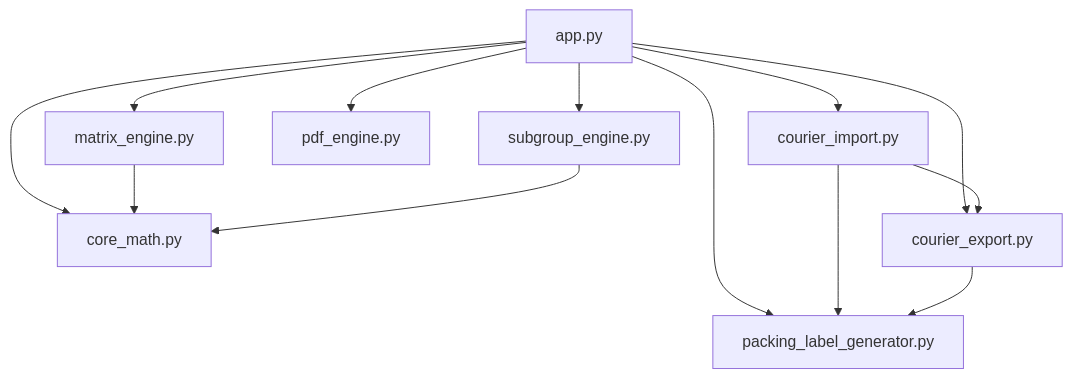
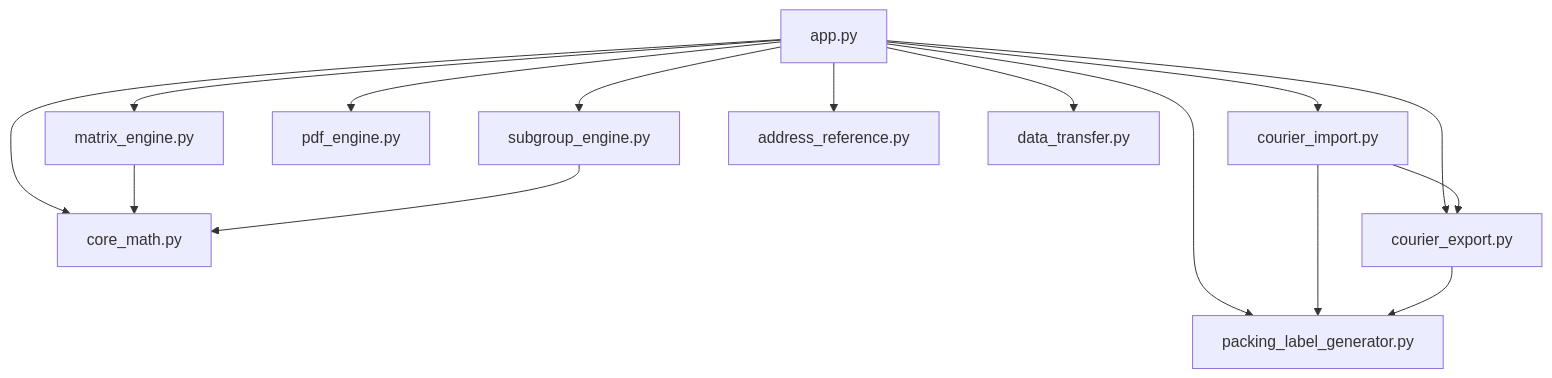
One commit to nesubat/Warehouse_app changed the second of 19 diagrams in docs/CODE_GUIDE.md. Above: the diagram before and after it, drawn with Mermaid. The commit also changed other lines of this file and 13 other files, not shown here.

Commit message:
Official address checks in previews and address book, typing suggestions, data export/import

````diff
--- a/docs/CODE_GUIDE.md
+++ b/docs/CODE_GUIDE.md
@@ -119,15 +119,17 @@
 ```mermaid
 graph TD
     app["app.py"] --> matrix["matrix_engine.py"]
     app --> sub["subgroup_engine.py"]
     app --> pdf["pdf_engine.py"]
     app --> core["core_math.py"]
     app --> plg["packing_label_generator.py"]
     app --> ce["courier_export.py"]
     app --> ci["courier_import.py"]
+    app --> ar["address_reference.py"]
+    app --> dt["data_transfer.py"]
     ci --> plg
     ci --> ce
     matrix --> core
     sub --> core
     ce --> plg
 ```
````
